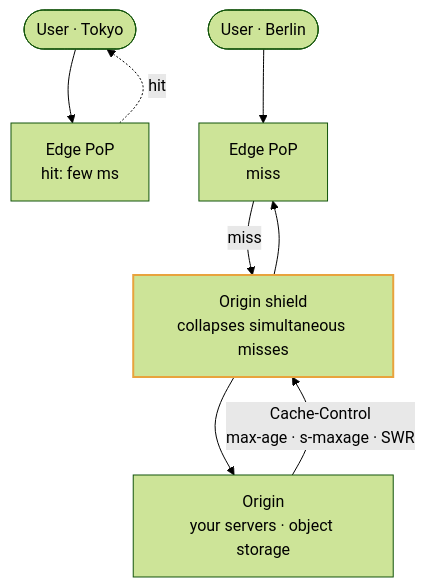
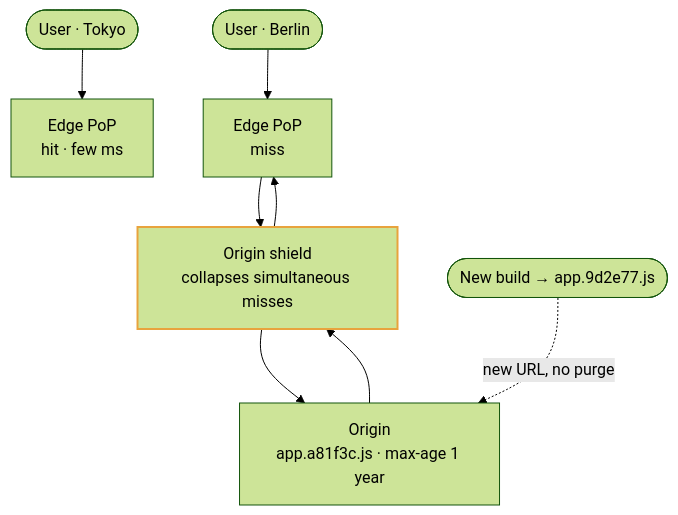
One commit to mertkahyaoglu/atlas changed the first of 4 diagrams in content/tech/11-cdn.md. Above: the diagram before and after it, drawn with Mermaid (forest theme). The commit also changed other lines of this file and 18 other files, not shown here.

First line of the commit message:
Rebuild the technology pages as use cases with diagrams

````diff
--- a/content/tech/11-cdn.md
+++ b/content/tech/11-cdn.md
@@ -74,13 +44,12 @@
 ```mermaid
 flowchart TB
-    U1([User · Tokyo]) --> E1["Edge PoP<br/>hit: few ms"]
+    U1([User · Tokyo]) --> E1["Edge PoP<br/>hit · few ms"]
     U2([User · Berlin]) --> E2["Edge PoP<br/>miss"]
-    E1 -. "hit" .-> U1
-    E2 -- "miss" --> Shield["Origin shield<br/>collapses simultaneous misses"]
-    Shield --> Origin["Origin<br/>your servers · object storage"]
-    Origin -- "Cache-Control<br/>max-age · s-maxage · SWR" --> Shield
-    Shield --> E2
+    E2 --> Shield["Origin shield<br/>collapses simultaneous misses"]
+    Shield --> Origin["Origin<br/>app.a81f3c.js · max-age 1 year"]
+    Origin --> Shield --> E2
+    Deploy(["New build → app.9d2e77.js"]) -. "new URL, no purge" .-> Origin
 
     classDef hot stroke:#e8a33d,stroke-width:2px
     class Shield hot
 ```
````
